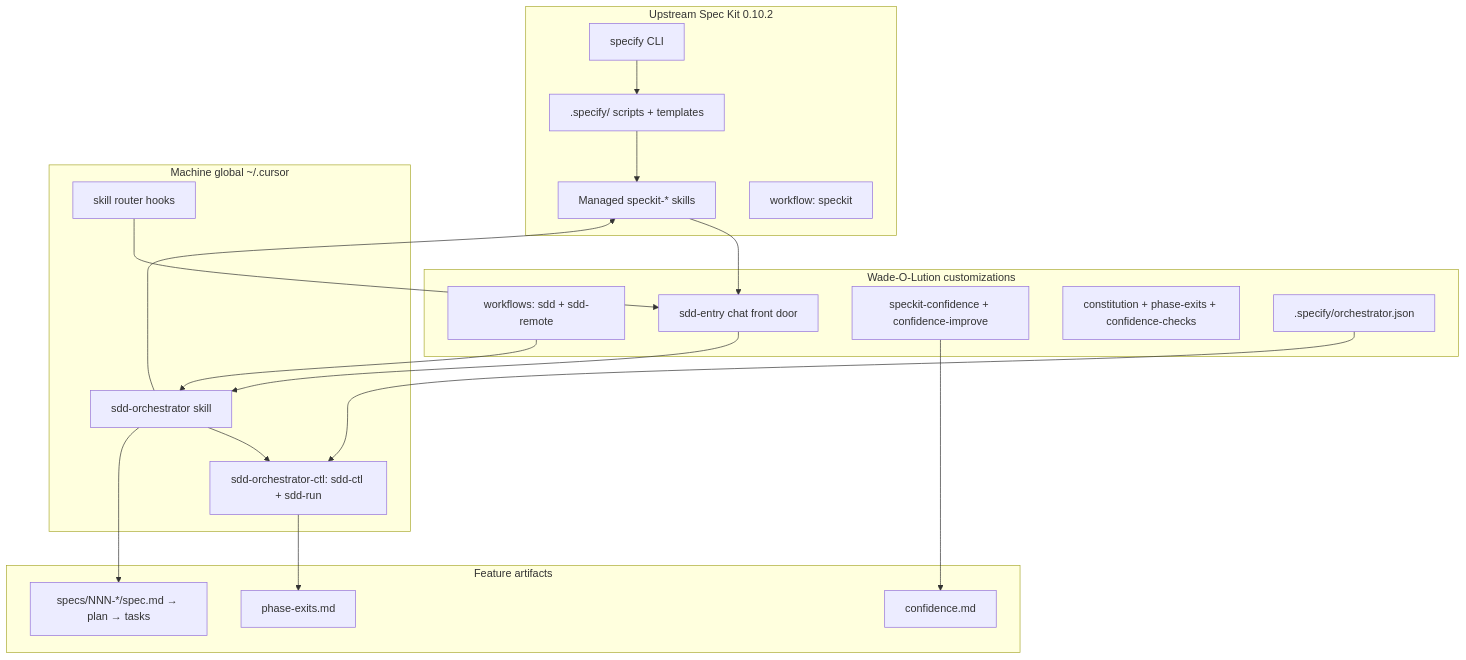
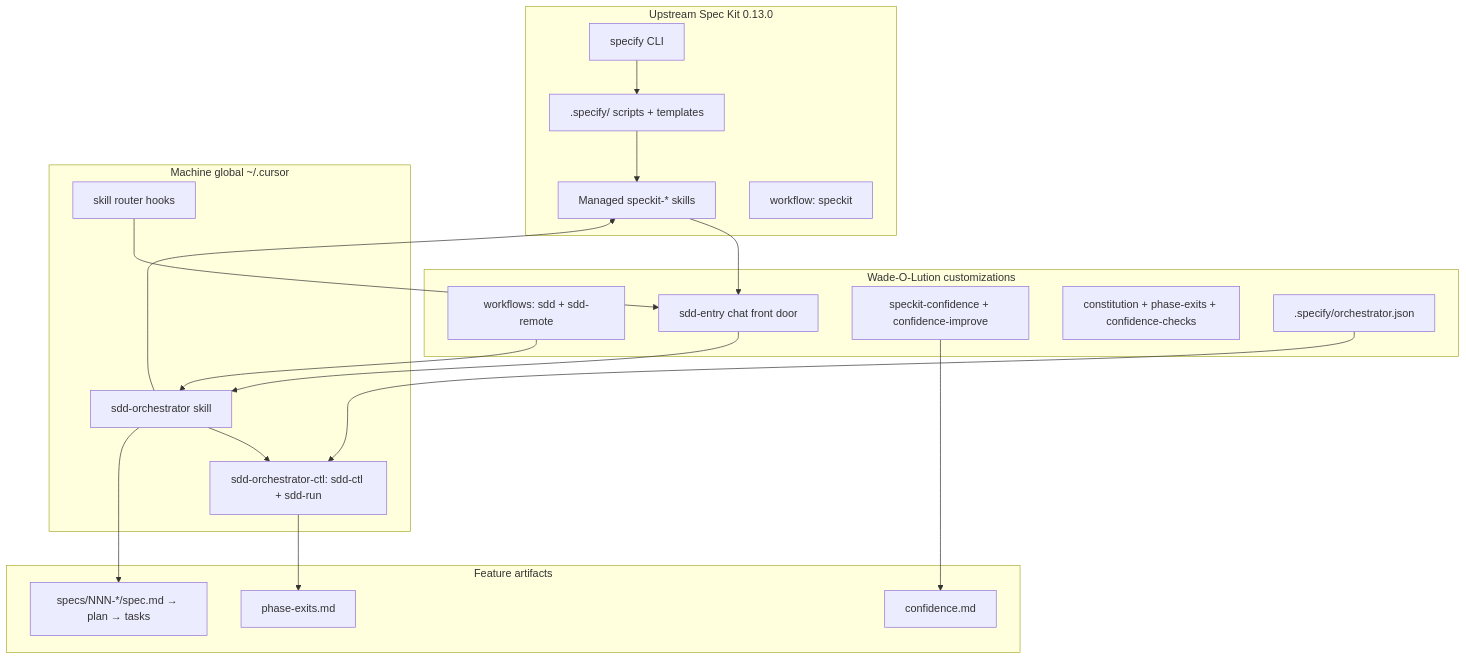
Before and after one commit to Wade-O-Lution-Inc/cursor-setup-guide: the diagram in specify/overview.md, drawn with Mermaid. The commit also changed 16 other files, not shown here.

First line of the commit message:
docs(sdd): sync persona_comms, ctl sync, Spec Kit 0.13.0 (#12)

````diff
--- a/specify/overview.md
+++ b/specify/overview.md
@@ -3,38 +3,38 @@
 ```mermaid
 flowchart TB
-  subgraph upstream [Upstream Spec Kit 0.10.2]
+  subgraph upstream [Upstream Spec Kit 0.13.0]
     CLI["specify CLI"]
     Init[".specify/ scripts + templates"]
     Skills["Managed speckit-* skills"]
     Bundled["workflow: speckit"]
   end
   subgraph org [Wade-O-Lution customizations]
     WF["workflows: sdd + sdd-remote"]
     Entry["sdd-entry chat front door"]
     Conf["speckit-confidence + confidence-improve"]
     Const["constitution + phase-exits + confidence-checks"]
     Policy[".specify/orchestrator.json"]
   end
   subgraph global [Machine global ~/.cursor]
     Orch["sdd-orchestrator skill"]
     Ctl["sdd-orchestrator-ctl: sdd-ctl + sdd-run"]
     Router["skill router hooks"]
   end
   subgraph artifacts [Feature artifacts]
     Spec["specs/NNN-*/spec.md → plan → tasks"]
     PE["phase-exits.md"]
     CM["confidence.md"]
   end
   CLI --> Init
   Init --> Skills
   Skills --> Entry
   Entry --> Orch
   Orch --> Skills
   Orch --> Ctl
   Ctl --> PE
   WF --> Orch
   Orch --> Spec
   Conf --> CM
   Policy --> Ctl
   Router --> Entry
 ```
````
